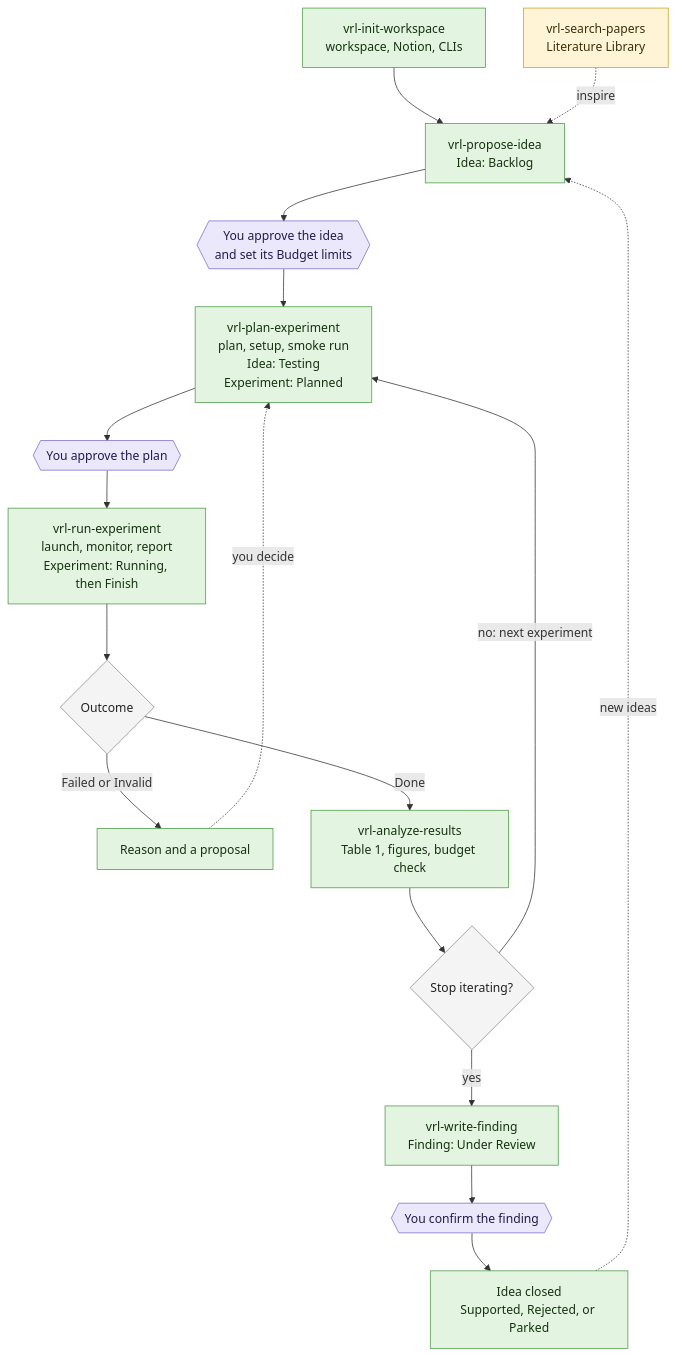
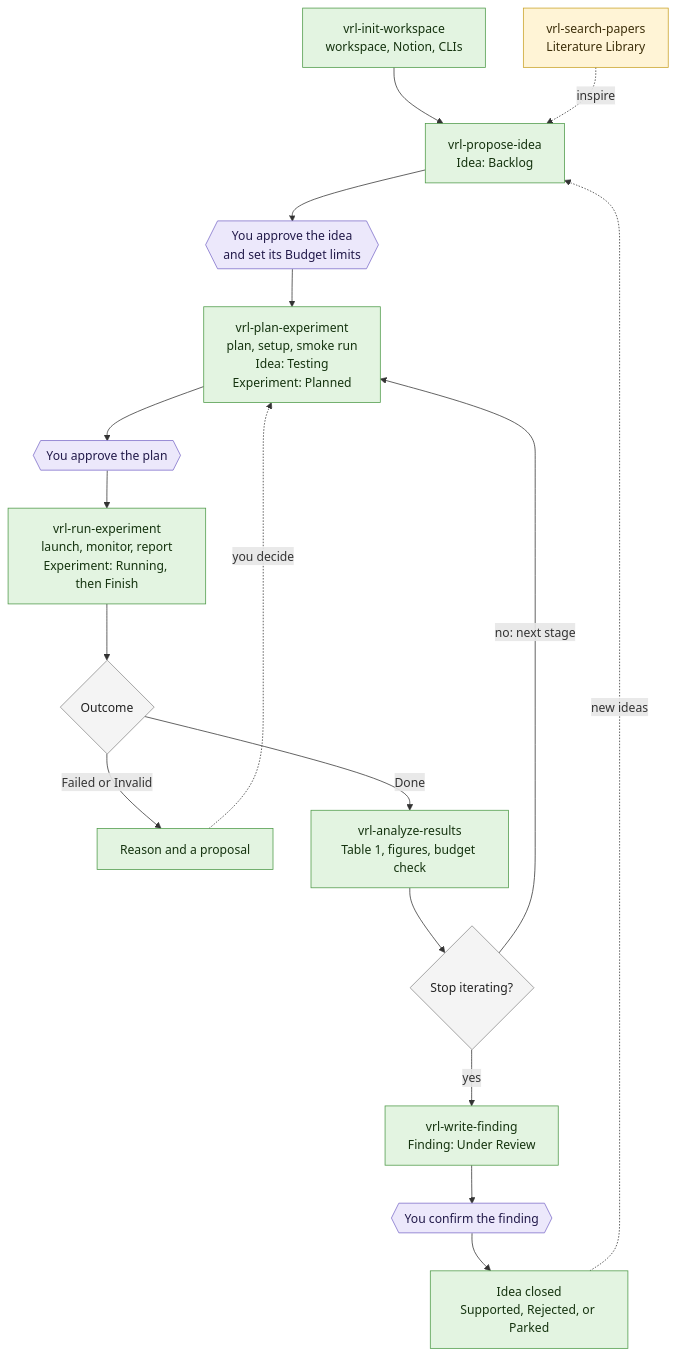
The diagram in README.md (Beat-in-our-hearts/vibe-research-loop-skills), drawn with Mermaid before and after one commit. The commit also changed other lines of this file and 5 other files, not shown here.

````diff
--- a/README.md
+++ b/README.md
@@ -45,37 +45,37 @@
 ```mermaid
 flowchart TD
     INIT["vrl-init-workspace<br/>workspace, Notion, CLIs"]
     PAPERS["vrl-search-papers<br/>Literature Library"]
     IDEA["vrl-propose-idea<br/>Idea: Backlog"]
     G1{{"You approve the idea<br/>and set its Budget limits"}}
     PLAN["vrl-plan-experiment<br/>plan, setup, smoke run<br/>Idea: Testing<br/>Experiment: Planned"]
     G2{{"You approve the plan"}}
     RUN["vrl-run-experiment<br/>launch, monitor, report<br/>Experiment: Running, then Finish"]
     OUT{"Outcome"}
     FAIL["Reason and a proposal"]
     ANALYZE["vrl-analyze-results<br/>Table 1, figures, budget check"]
     NEXT{"Stop iterating?"}
     FIND["vrl-write-finding<br/>Finding: Under Review"]
     G3{{"You confirm the finding"}}
     CLOSE["Idea closed<br/>Supported, Rejected, or Parked"]
 
     INIT --> IDEA
     PAPERS -.->|inspire| IDEA
     IDEA --> G1 --> PLAN --> G2 --> RUN --> OUT
     OUT -->|Done| ANALYZE
     OUT -->|Failed or Invalid| FAIL
     FAIL -.->|you decide| PLAN
     ANALYZE --> NEXT
-    NEXT -->|no: next experiment| PLAN
+    NEXT -->|no: next stage| PLAN
     NEXT -->|yes| FIND --> G3 --> CLOSE
     CLOSE -.->|new ideas| IDEA
 
     classDef ai fill:#E3F4E1,stroke:#4E9A48,color:#15330F
     classDef human fill:#ECE8FB,stroke:#7B6BC9,color:#221A4A
     classDef lib fill:#FFF4D6,stroke:#C9A227,color:#3D2F0A
     classDef check fill:#F4F4F4,stroke:#8A8A8A,color:#222222
     class INIT,IDEA,PLAN,RUN,ANALYZE,FIND,FAIL,CLOSE ai
     class G1,G2,G3 human
     class PAPERS lib
     class OUT,NEXT check
 ```
````
